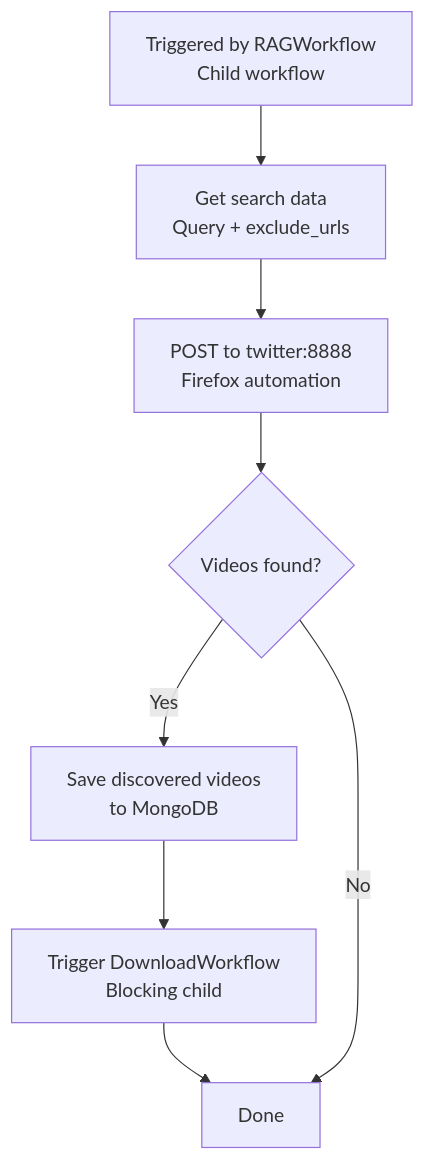
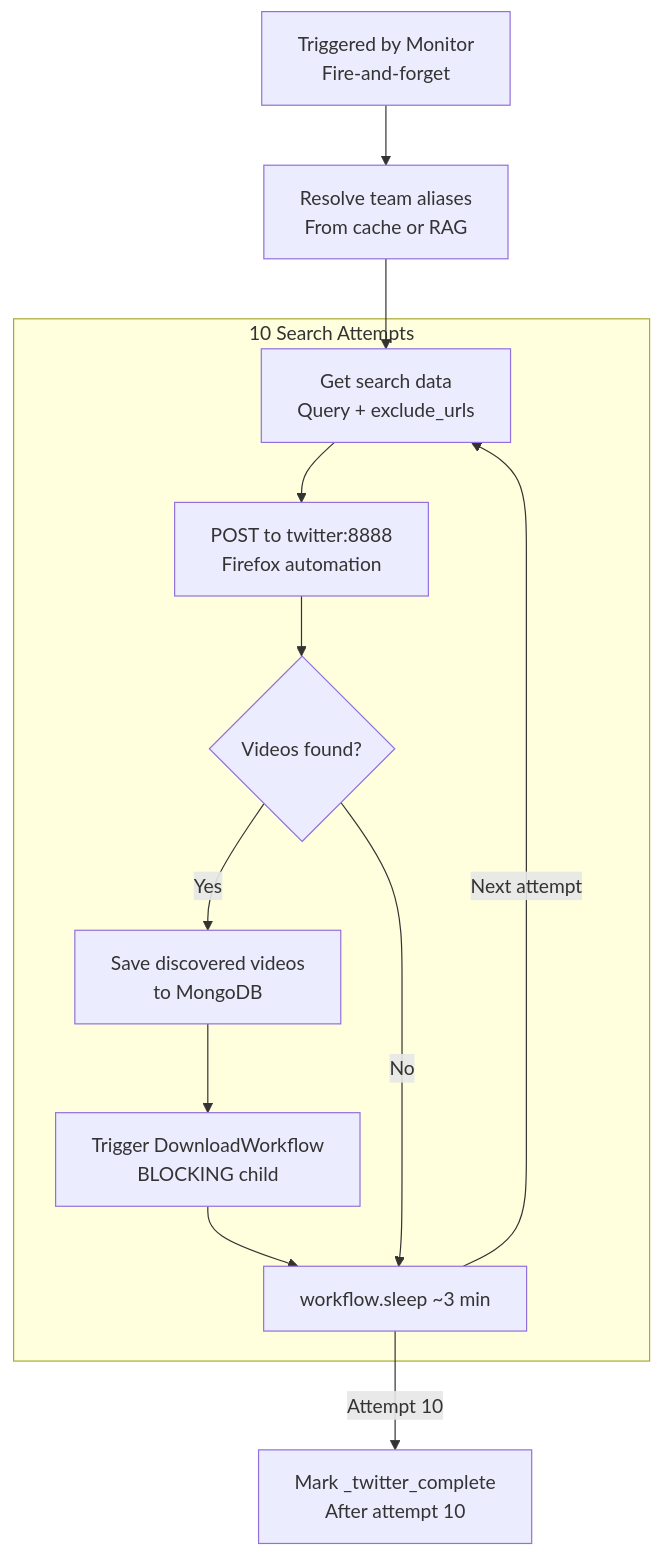
Diagram 12 of 14 in README.md (vedantadhobley/found-footy), drawn with Mermaid before and after one commit. The commit also changed other lines of this file and 15 other files, not shown here.

First line of the commit message:
feat: UploadWorkflow serialization + national team nationality adjectives

````diff
--- a/README.md
+++ b/README.md
@@ -550,16 +551,23 @@
 ```mermaid
 flowchart TB
-    TRIGGER[Triggered by RAGWorkflow<br/>Child workflow]
+    TRIGGER[Triggered by Monitor<br/>Fire-and-forget]
     
-    GET[Get search data<br/>Query + exclude_urls]
-    SEARCH[POST to twitter:8888<br/>Firefox automation]
-    SAVE[Save discovered videos<br/>to MongoDB]
+    ALIASES[Resolve team aliases<br/>From cache or RAG]
     
-    FOUND{Videos found?}
-    DOWNLOAD[Trigger DownloadWorkflow<br/>Blocking child]
-    DONE[Done]
+    subgraph LOOP["10 Search Attempts"]
+        GET[Get search data<br/>Query + exclude_urls]
+        SEARCH[POST to twitter:8888<br/>Firefox automation]
+        SAVE[Save discovered videos<br/>to MongoDB]
+        FOUND{Videos found?}
+        DOWNLOAD[Trigger DownloadWorkflow<br/>BLOCKING child]
+        SLEEP[workflow.sleep ~3 min]
+    end
     
-    TRIGGER --> GET --> SEARCH --> FOUND
-    FOUND -->|Yes| SAVE --> DOWNLOAD --> DONE
-    FOUND -->|No| DONE
+    DONE[Mark _twitter_complete<br/>After attempt 10]
+    
+    TRIGGER --> ALIASES --> GET --> SEARCH --> FOUND
+    FOUND -->|Yes| SAVE --> DOWNLOAD --> SLEEP
+    FOUND -->|No| SLEEP
+    SLEEP --> |Next attempt| GET
+    SLEEP --> |Attempt 10| DONE
 ```
````
